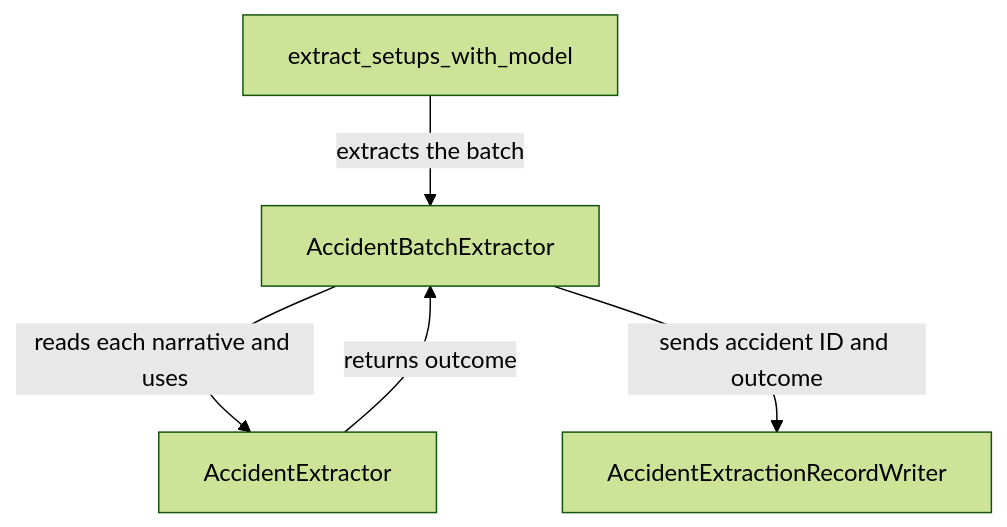
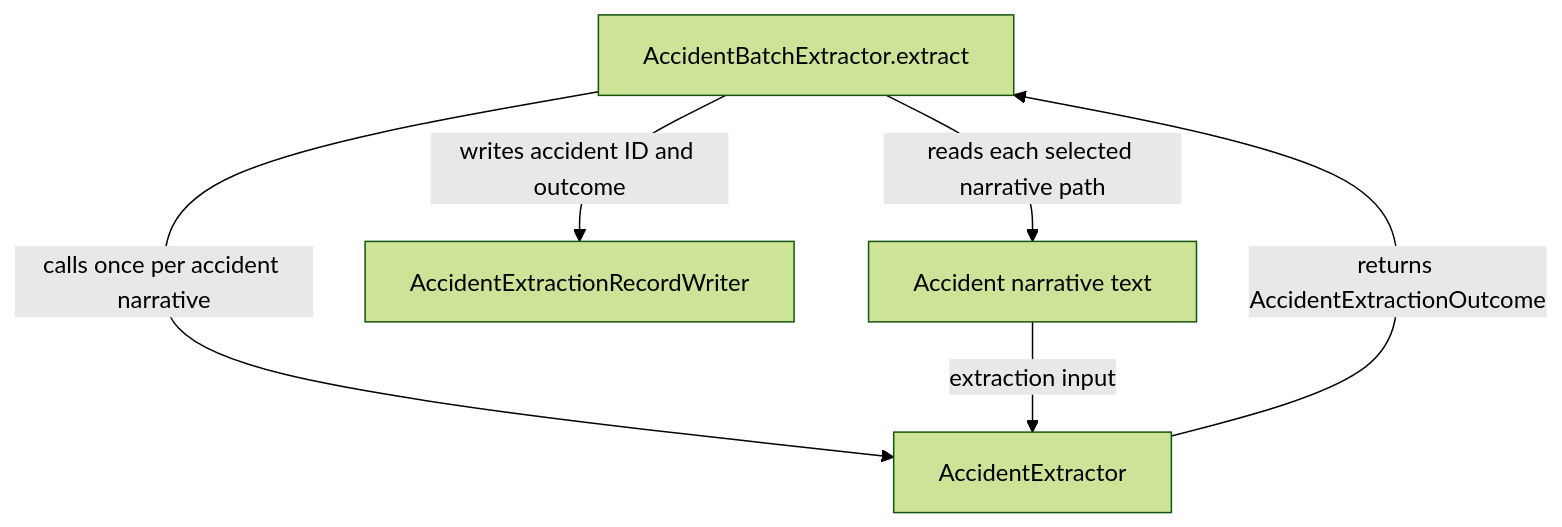
The third of 7 diagrams in README.md (OlenaBack/vehicle-claims-extractor), drawn with Mermaid (forest theme) before and after one commit. The commit also changed other lines of this file, not shown here.

Commit message:
Clarify README extraction flow diagrams

````diff
--- a/README.md
+++ b/README.md
@@ -108,7 +112,8 @@
 ```mermaid
 flowchart TD
-    Session[extract_setups_with_model] -->|extracts the batch| BatchExtractor[AccidentBatchExtractor]
-    BatchExtractor -->|reads each narrative and uses| AccidentExtractor[AccidentExtractor]
-    AccidentExtractor -->|returns outcome| BatchExtractor
-    BatchExtractor -->|sends accident ID and outcome| Writer[AccidentExtractionRecordWriter]
+    BatchExtractor[AccidentBatchExtractor.extract] -->|reads each selected narrative path| Narrative[Accident narrative text]
+    BatchExtractor -->|calls once per accident narrative| AccidentExtractor[AccidentExtractor]
+    Narrative -->|extraction input| AccidentExtractor
+    AccidentExtractor -->|returns AccidentExtractionOutcome| BatchExtractor
+    BatchExtractor -->|writes accident ID and outcome| Writer[AccidentExtractionRecordWriter]
 ```
````
